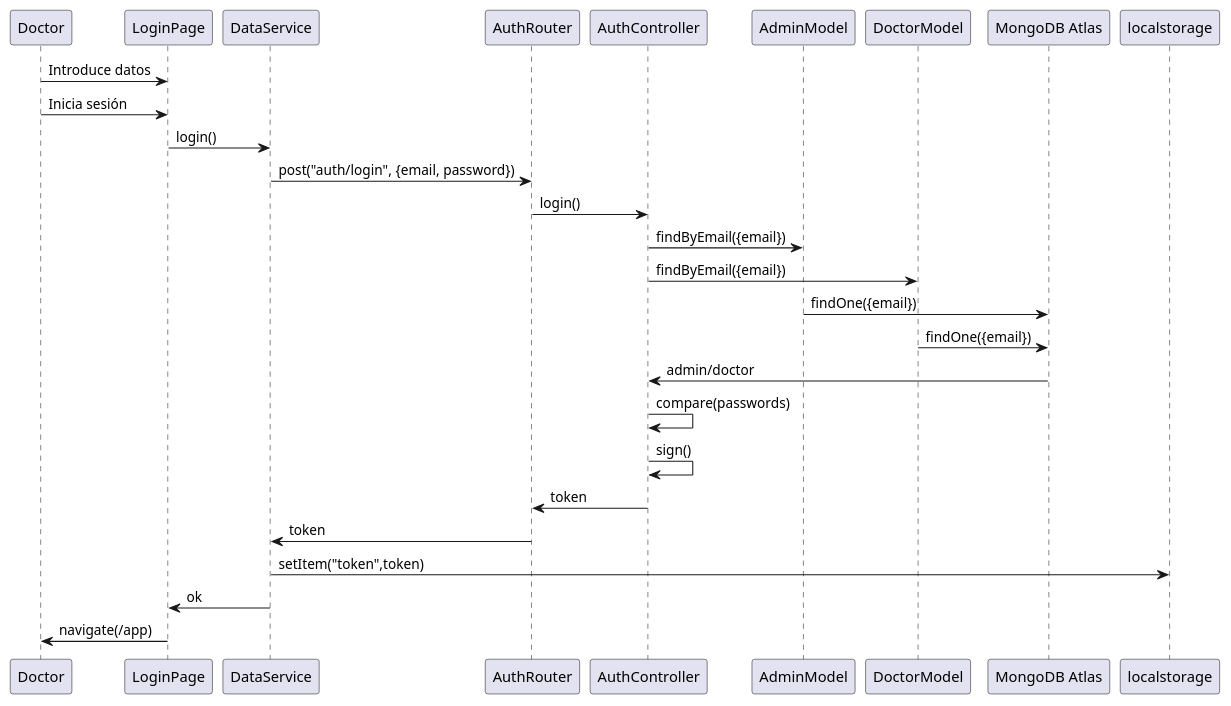
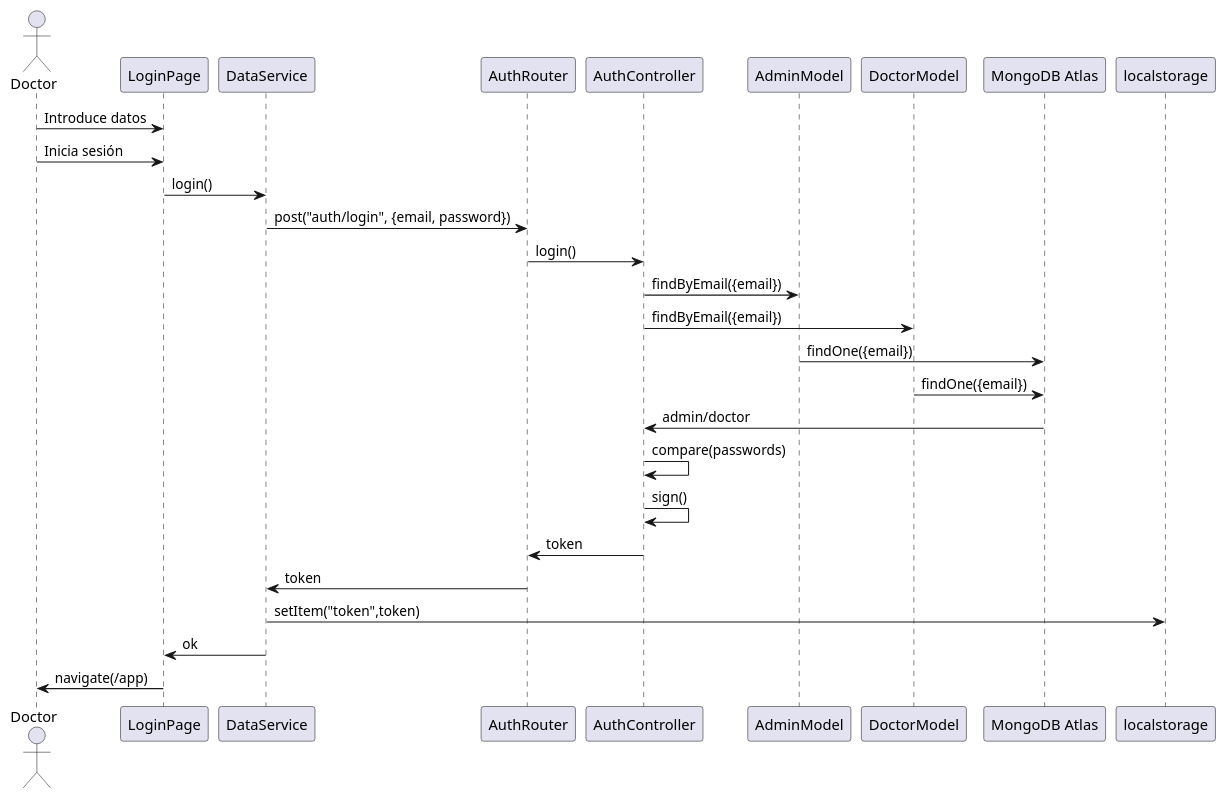
One commit to TFG-SGM/memoria changed the third of 5 diagrams in templateAPP/input/appendices/03_diagramas.md. Above: the diagram before and after it, drawn with PlantUML. The commit also changed other lines of this file and 73 other files, not shown here.

````diff
--- a/templateAPP/input/appendices/03_diagramas.md
+++ b/templateAPP/input/appendices/03_diagramas.md
@@ -115,30 +117,32 @@
 ```{.plantuml #anexo3:diagrama-secuencia-inicio-sesion caption="Diagrama de secuencia de inicio de sesión con exito" frame=single}
 @startuml
+actor Doctor
+
 Doctor -> LoginPage: Introduce datos
 Doctor -> LoginPage: Inicia sesión
 
 LoginPage -> DataService: login()
 DataService -> AuthRouter: post("auth/login", {email, password})
 
 AuthRouter -> AuthController : login()
 AuthController -> AdminModel : findByEmail({email})
 AuthController -> DoctorModel : findByEmail({email})
 
 AdminModel -> "MongoDB Atlas" : findOne({email})
 DoctorModel -> "MongoDB Atlas" : findOne({email})
 
 "MongoDB Atlas" -> AuthController : admin/doctor
 
 AuthController -> AuthController : compare(passwords)
 
 AuthController -> AuthController : sign()
 AuthController -> AuthRouter : token
 AuthRouter -> DataService : token
 
 DataService -> localstorage : setItem("token",token)
 DataService -> LoginPage : ok
 
 LoginPage -> Doctor : navigate(/app)
 
 @enduml
 ```
````
